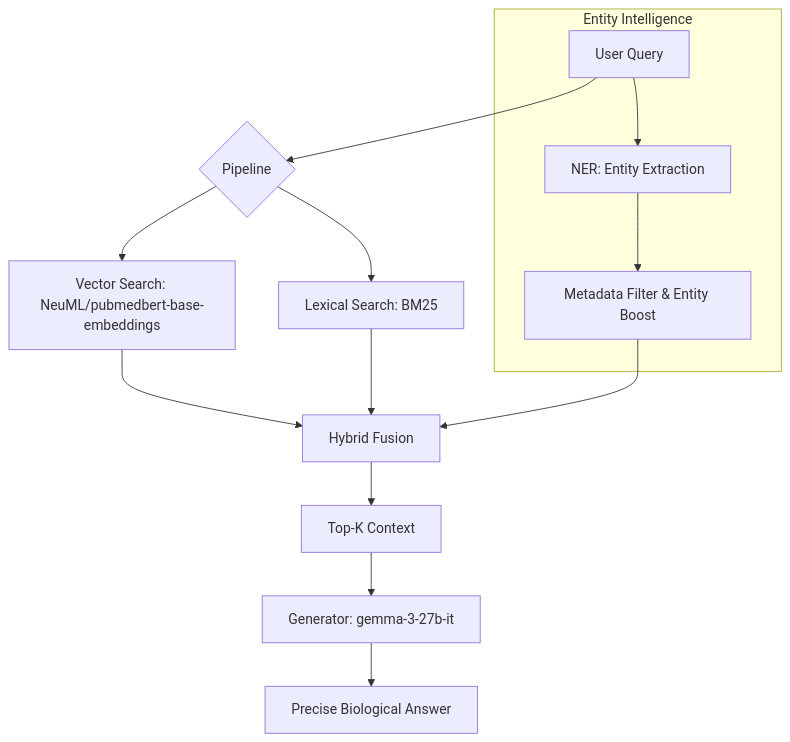
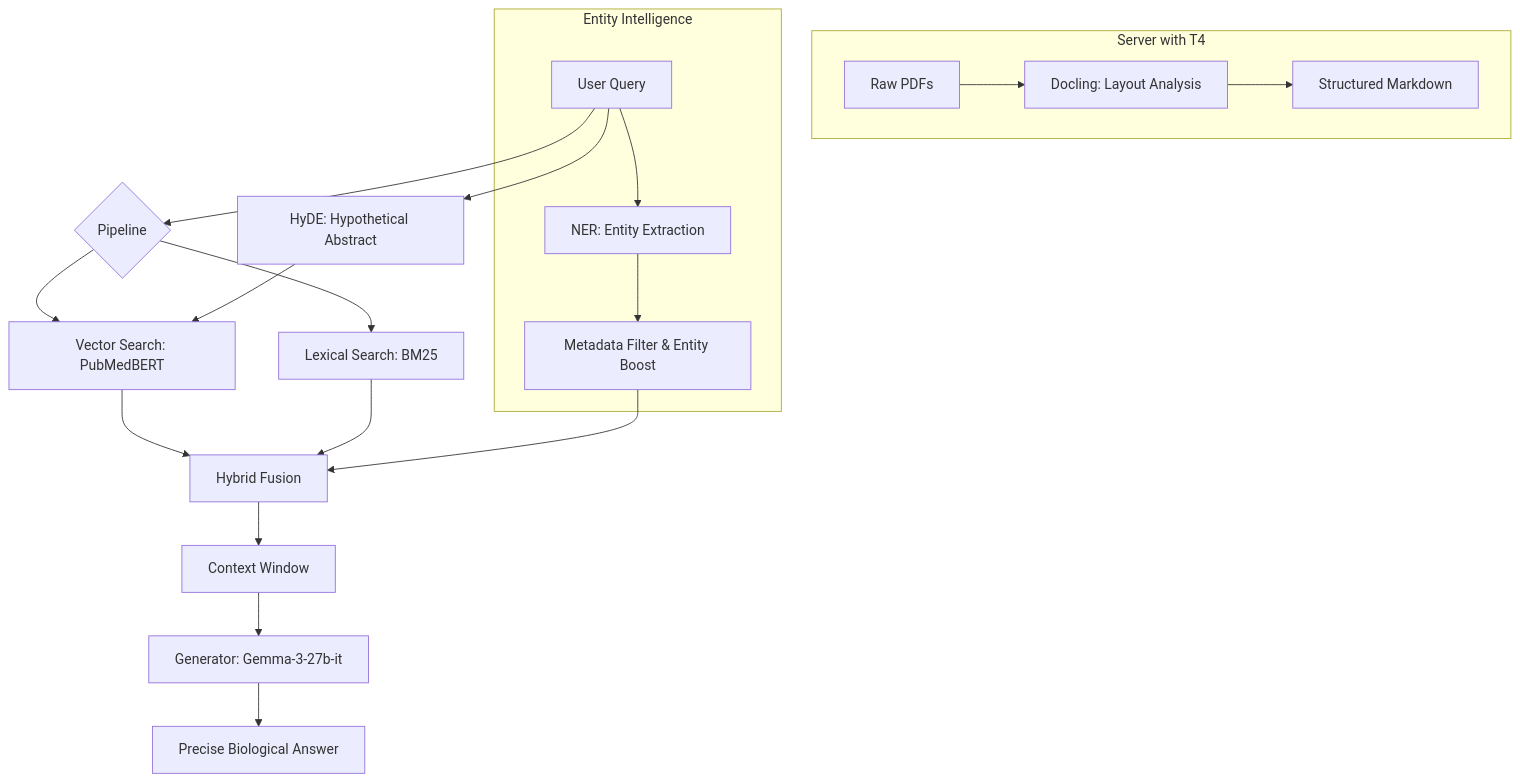
The diagram in README.md (effes3/alzheimerRAG), drawn with Mermaid before and after one commit. The commit also changed other lines of this file, not shown here.

````diff
--- a/README.md
+++ b/README.md
@@ -91,19 +92,28 @@
 ```mermaid
 graph TD
     A[User Query] --> B{Pipeline}
-    B --> C[Vector Search: NeuML/pubmedbert-base-embeddings]
+    
+    subgraph Server with T4
+    K[Raw PDFs] --> L[Docling: Layout Analysis]
+    L --> M[Structured Markdown]
+    end
+
+    B --> C[Vector Search: PubMedBERT]
     B --> D[Lexical Search: BM25]
+    A --> E[HyDE: Hypothetical Abstract]
+    
+    E --> C
     
     subgraph Entity Intelligence
-    A --> E[NER: Entity Extraction]
-    E --> F[Metadata Filter & Entity Boost]
+    A --> F[NER: Entity Extraction]
+    F --> G[Metadata Filter & Entity Boost]
     end
     
-    C --> G[Hybrid Fusion]
-    D --> G
-    F --> G
+    C --> H[Hybrid Fusion]
+    D --> H
+    G --> H
     
-    G --> H[Top-K Context]
-    H --> I[Generator: gemma-3-27b-it]
-    I --> J[Precise Biological Answer]
+    H --> I[Context Window]
+    I --> J[Generator: Gemma-3-27b-it]
+    J --> N[Precise Biological Answer]
 ```
````
